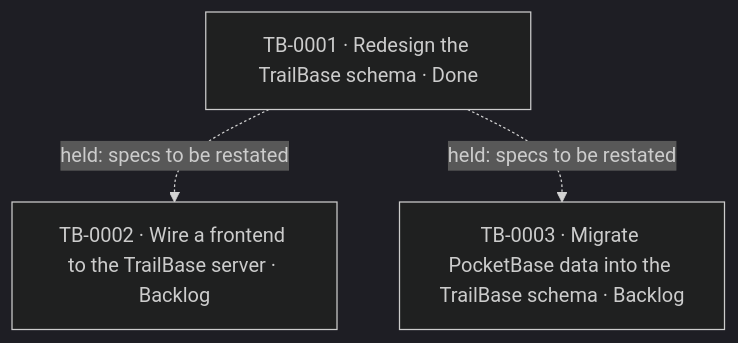
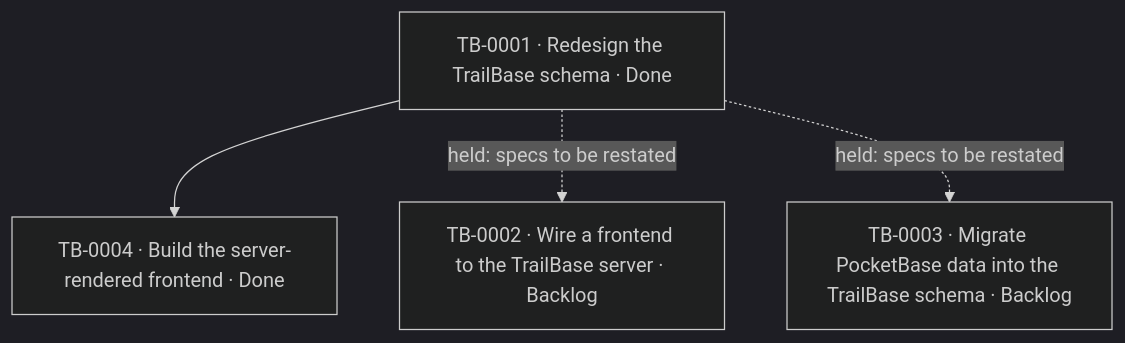
One commit to abdulhakam/aa_point_of_sale changed the second of 2 diagrams in vault/projects/trailbase-backend.md. Above: the diagram before and after it, drawn with Mermaid (dark theme). The commit also changed other lines of this file and 53 other files, not shown here.

````diff
--- a/vault/projects/trailbase-backend.md
+++ b/vault/projects/trailbase-backend.md
@@ -132,8 +142,10 @@
 ```mermaid
 flowchart TD
   T1["TB-0001 · Redesign the TrailBase schema · Done"]
+  T4["TB-0004 · Build the server-rendered frontend · Done"]
   T2["TB-0002 · Wire a frontend to the TrailBase server · Backlog"]
   T3["TB-0003 · Migrate PocketBase data into the TrailBase schema · Backlog"]
+  T1 --> T4
   T1 -.->|"held: specs to be restated"| T2
   T1 -.->|"held: specs to be restated"| T3
 ```
````
